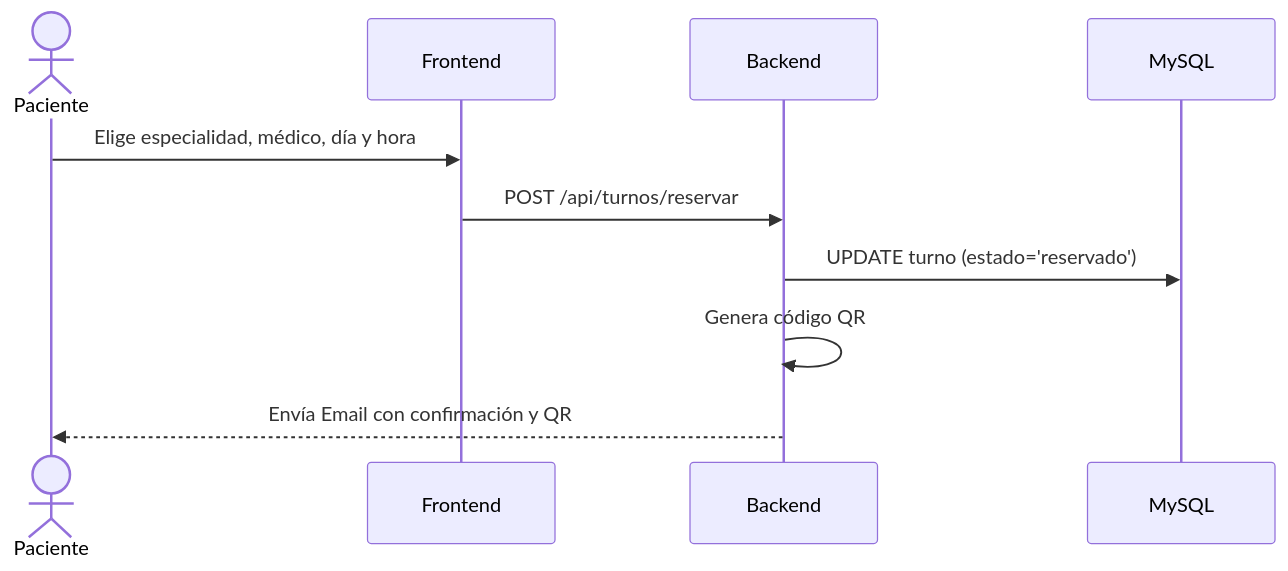
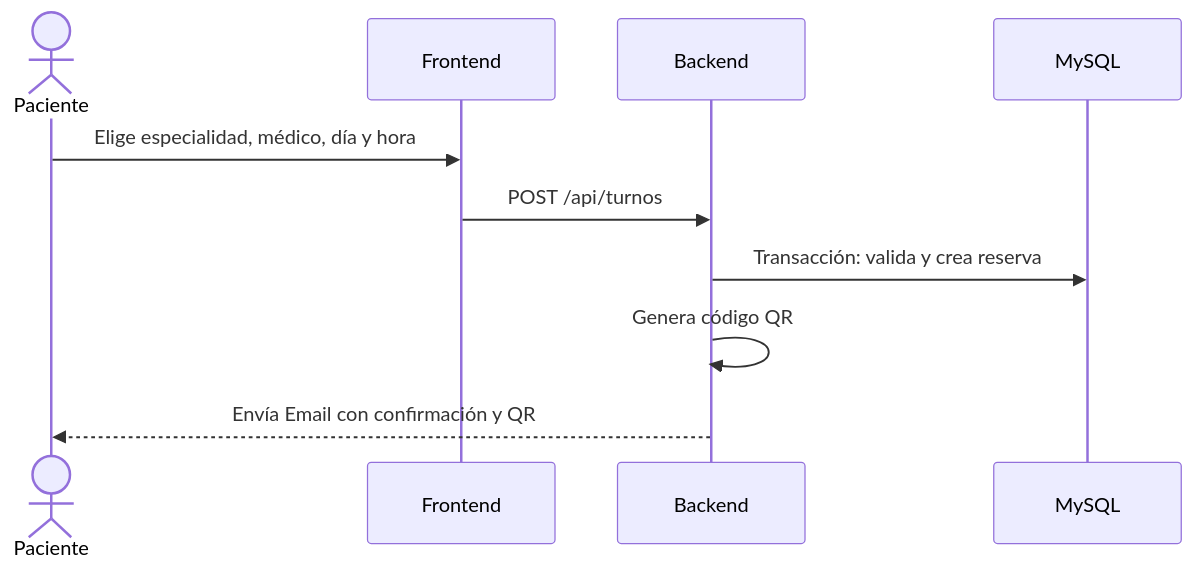
Before and after one commit to Jcasco-Fiuba/centro-medico-salud-integral: the second of 3 diagrams in docs/diagramas.md, drawn with Mermaid. The commit also changed other lines of this file and 3 other files, not shown here.

````diff
--- a/docs/diagramas.md
+++ b/docs/diagramas.md
@@ -43,13 +75,13 @@
 ```mermaid
 sequenceDiagram
     actor Paciente
     participant Frontend
     participant Backend
     participant BaseDatos as MySQL
 
     Paciente->>Frontend: Elige especialidad, médico, día y hora
-    Frontend->>Backend: POST /api/turnos/reservar
-    Backend->>BaseDatos: UPDATE turno (estado='reservado')
+    Frontend->>Backend: POST /api/turnos
+    Backend->>BaseDatos: Transacción: valida y crea reserva
     Backend->>Backend: Genera código QR
     Backend-->>Paciente: Envía Email con confirmación y QR
 ```
````
